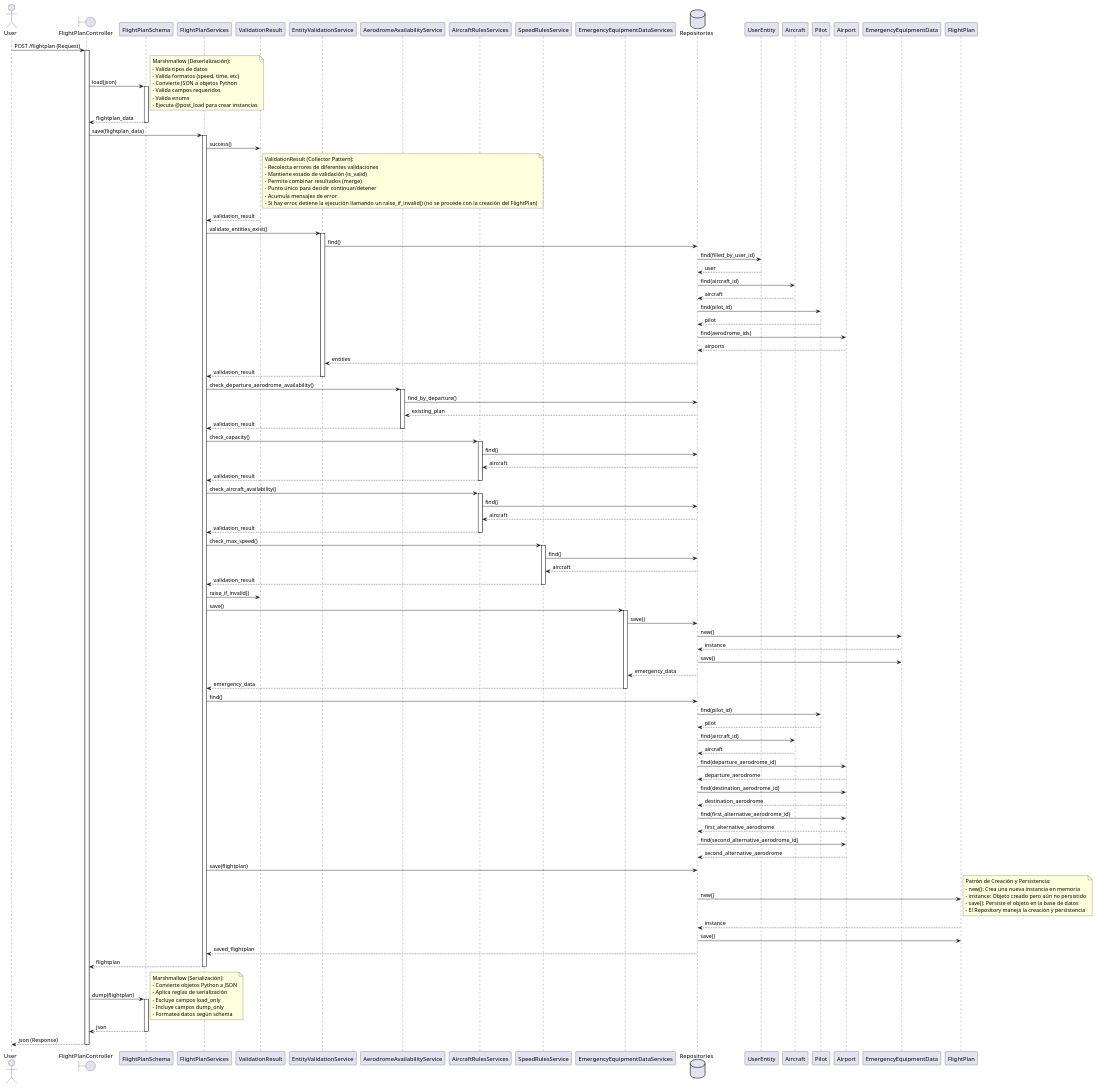
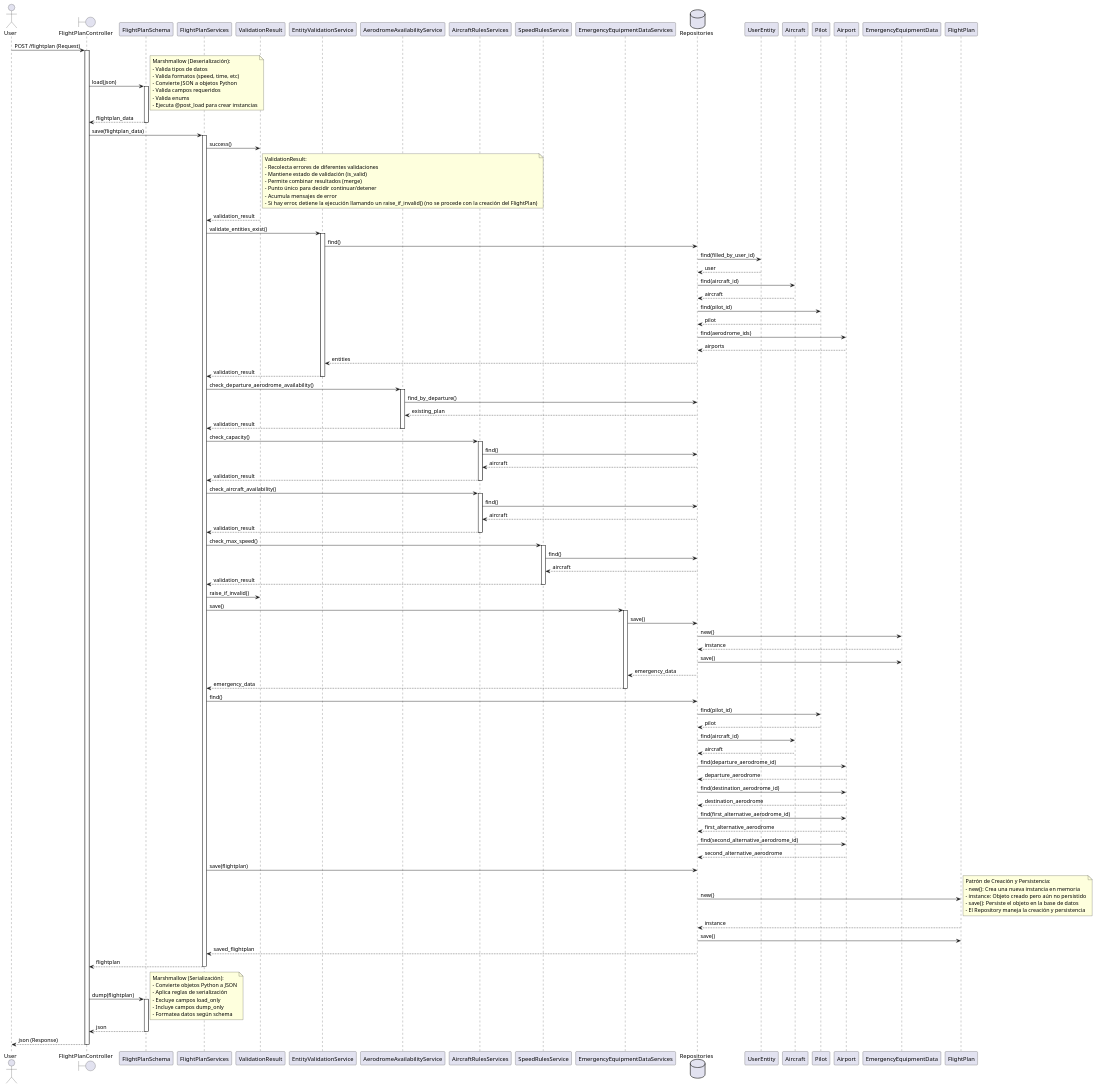
The diagram in docs/post_flightplan_sequence_diagram.puml (Facumerino03/Jetpass), drawn with PlantUML before and after one commit. The commit also changed 5 other files, not shown here.

```diff
--- a/docs/post_flightplan_sequence_diagram.puml
+++ b/docs/post_flightplan_sequence_diagram.puml
@@ -1,154 +1,154 @@
 @startuml post_flightplan_sequence_diagram
 
 actor User
 boundary FlightPlanController
 participant FlightPlanSchema
 participant FlightPlanServices
 participant ValidationResult
 participant EntityValidationService
 participant AerodromeAvailabilityService
 participant AircraftRulesServices
 participant SpeedRulesService
 participant EmergencyEquipmentDataServices
 database Repositories
 participant UserEntity
 participant Aircraft
 participant Pilot
 participant Airport
 participant EmergencyEquipmentData
 participant FlightPlan
 
 User -> FlightPlanController: POST /flightplan (Request)
 activate FlightPlanController
 
 FlightPlanController -> FlightPlanSchema: load(json)
 activate FlightPlanSchema
 note right
   Marshmallow (Deserialización):
   - Valida tipos de datos
   - Valida formatos (speed, time, etc)
   - Convierte JSON a objetos Python
   - Valida campos requeridos
   - Valida enums
   - Ejecuta @post_load para crear instancias
 end note
 FlightPlanController <-- FlightPlanSchema: flightplan_data
 deactivate FlightPlanSchema
 
 FlightPlanController -> FlightPlanServices: save(flightplan_data)
 activate FlightPlanServices
 
 FlightPlanServices -> ValidationResult: success()
 note right of ValidationResult
-  ValidationResult (Collector Pattern):
+  ValidationResult:
   - Recolecta errores de diferentes validaciones
   - Mantiene estado de validación (is_valid)
   - Permite combinar resultados (merge)
   - Punto único para decidir continuar/detener
   - Acumula mensajes de error
   - Si hay error, detiene la ejecución llamando un raise_if_invalid() (no se procede con la creación del FlightPlan)
 end note
 FlightPlanServices <-- ValidationResult: validation_result
 
 FlightPlanServices -> EntityValidationService: validate_entities_exist()
 activate EntityValidationService
 EntityValidationService -> Repositories: find()
 Repositories -> UserEntity: find(filled_by_user_id)
 Repositories <-- UserEntity: user
 Repositories -> Aircraft: find(aircraft_id)
 Repositories <-- Aircraft: aircraft
 Repositories -> Pilot: find(pilot_id)
 Repositories <-- Pilot: pilot
 Repositories -> Airport: find(aerodrome_ids)
 Repositories <-- Airport: airports
 EntityValidationService <-- Repositories: entities
 FlightPlanServices <-- EntityValidationService: validation_result
 deactivate EntityValidationService
 
 FlightPlanServices -> AerodromeAvailabilityService: check_departure_aerodrome_availability()
 activate AerodromeAvailabilityService
 AerodromeAvailabilityService -> Repositories: find_by_departure()
 AerodromeAvailabilityService <-- Repositories: existing_plan
 FlightPlanServices <-- AerodromeAvailabilityService: validation_result
 deactivate AerodromeAvailabilityService
 
 FlightPlanServices -> AircraftRulesServices: check_capacity()
 activate AircraftRulesServices
 AircraftRulesServices -> Repositories: find()
 AircraftRulesServices <-- Repositories: aircraft
 FlightPlanServices <-- AircraftRulesServices: validation_result
 deactivate AircraftRulesServices
 
 FlightPlanServices -> AircraftRulesServices: check_aircraft_availability()
 activate AircraftRulesServices
 AircraftRulesServices -> Repositories: find()
 AircraftRulesServices <-- Repositories: aircraft
 FlightPlanServices <-- AircraftRulesServices: validation_result
 deactivate AircraftRulesServices
 
 FlightPlanServices -> SpeedRulesService: check_max_speed()
 activate SpeedRulesService
 SpeedRulesService -> Repositories: find()
 SpeedRulesService <-- Repositories: aircraft
 FlightPlanServices <-- SpeedRulesService: validation_result
 deactivate SpeedRulesService
 
 FlightPlanServices -> ValidationResult: raise_if_invalid()
 
 FlightPlanServices -> EmergencyEquipmentDataServices: save()
 activate EmergencyEquipmentDataServices
 EmergencyEquipmentDataServices -> Repositories: save()
 Repositories -> EmergencyEquipmentData: new()
 Repositories <-- EmergencyEquipmentData: instance
 Repositories -> EmergencyEquipmentData: save()
 EmergencyEquipmentDataServices <-- Repositories: emergency_data
 FlightPlanServices <-- EmergencyEquipmentDataServices: emergency_data
 deactivate EmergencyEquipmentDataServices
 
 FlightPlanServices -> Repositories: find()
 Repositories -> Pilot: find(pilot_id)
 Repositories <-- Pilot: pilot
 Repositories -> Aircraft: find(aircraft_id)
 Repositories <-- Aircraft: aircraft
 Repositories -> Airport: find(departure_aerodrome_id)
 Repositories <-- Airport: departure_aerodrome
 Repositories -> Airport: find(destination_aerodrome_id)
 Repositories <-- Airport: destination_aerodrome
 Repositories -> Airport: find(first_alternative_aerodrome_id)
 Repositories <-- Airport: first_alternative_aerodrome
 Repositories -> Airport: find(second_alternative_aerodrome_id)
 Repositories <-- Airport: second_alternative_aerodrome
 
 FlightPlanServices -> Repositories: save(flightplan)
 Repositories -> FlightPlan: new()
 note right
   Patrón de Creación y Persistencia:
   - new(): Crea una nueva instancia en memoria
   - instance: Objeto creado pero aún no persistido
   - save(): Persiste el objeto en la base de datos
   - El Repository maneja la creación y persistencia
 end note
 Repositories <-- FlightPlan: instance
 Repositories -> FlightPlan: save()
 FlightPlanServices <-- Repositories: saved_flightplan
 
 FlightPlanController <-- FlightPlanServices: flightplan
 deactivate FlightPlanServices
 
 FlightPlanController -> FlightPlanSchema: dump(flightplan)
 activate FlightPlanSchema
 note right
   Marshmallow (Serialización):
   - Convierte objetos Python a JSON
   - Aplica reglas de serialización
   - Excluye campos load_only
   - Incluye campos dump_only
   - Formatea datos según schema
 end note
 FlightPlanController <-- FlightPlanSchema: json
 deactivate FlightPlanSchema
 
 User <-- FlightPlanController: json (Response)
 deactivate FlightPlanController
 
 @enduml
```
